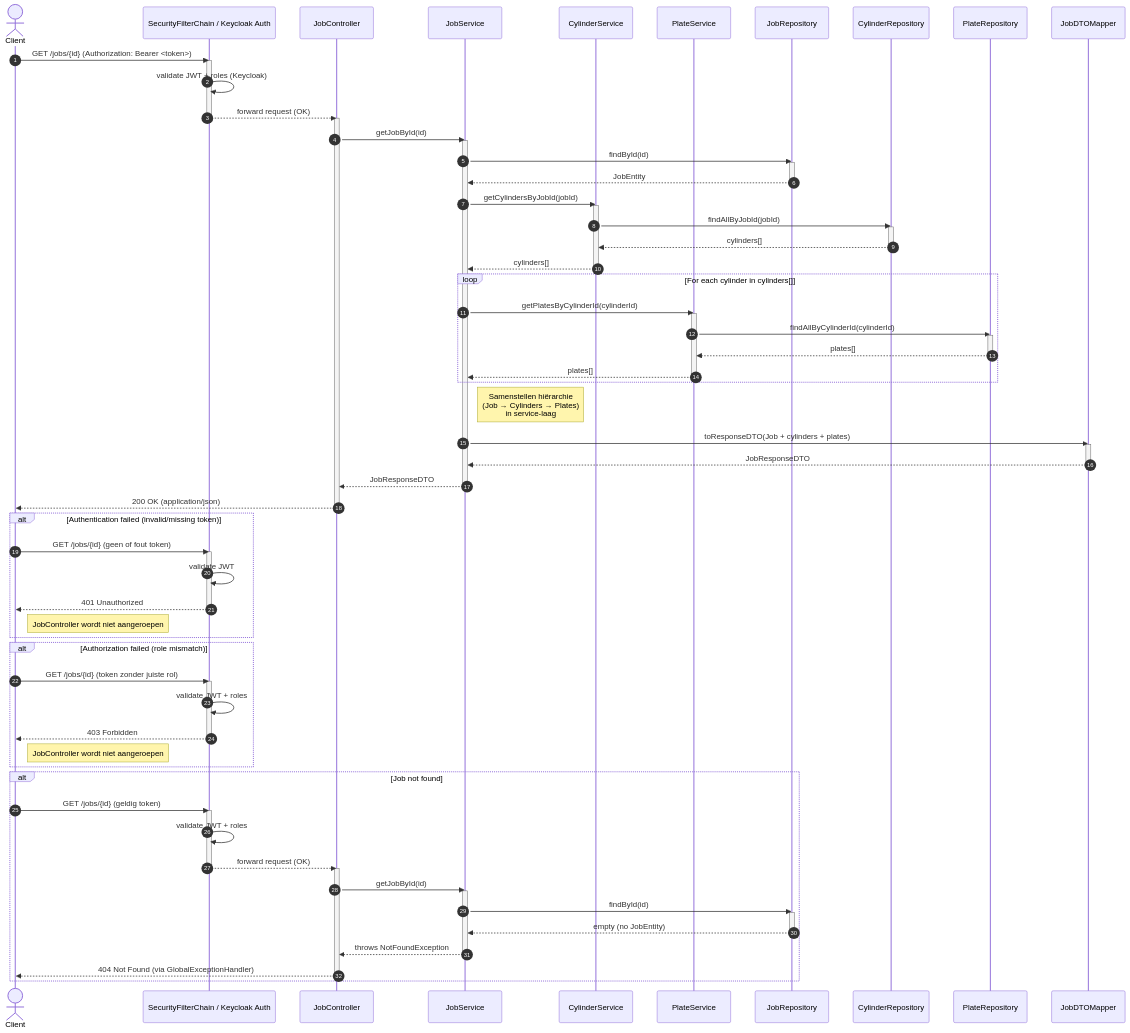
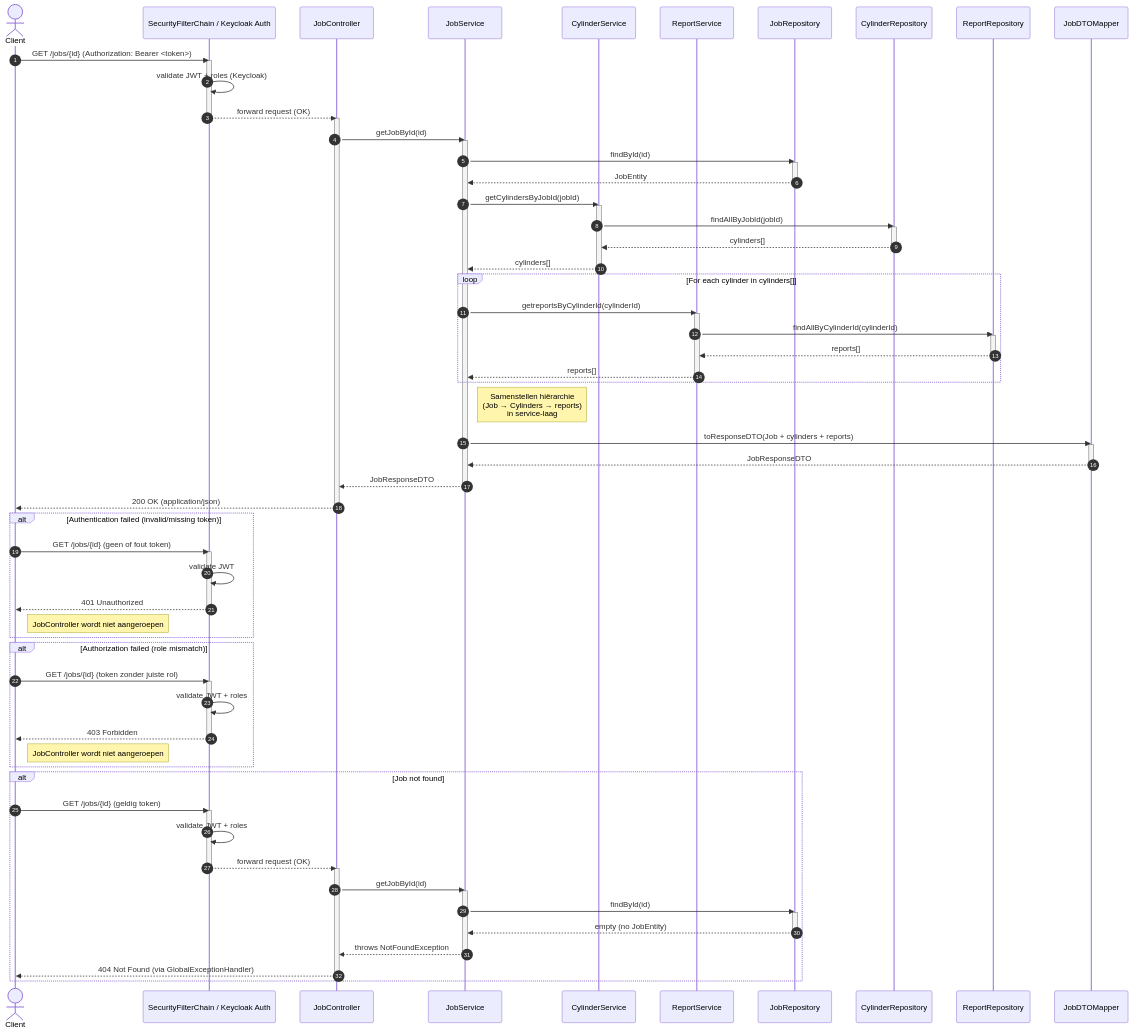
The diagram in src/main/java/nl/avflexologic/wbje/classDiagram/sequenceDiagram_GetJob.MMD (Th3Bl0ndG0d/WBJE_Backend), drawn with Mermaid before and after one commit. The commit also changed 20 other files, not shown here.

Commit message:
Fixed some mapping issues to comply to my sequence diagram

```diff
--- a/src/main/java/nl/avflexologic/wbje/classDiagram/sequenceDiagram_GetJob.MMD
+++ b/src/main/java/nl/avflexologic/wbje/classDiagram/sequenceDiagram_GetJob.MMD
@@ -1,120 +1,120 @@
 sequenceDiagram
     autonumber
 
     actor Client
     participant Security as SecurityFilterChain / Keycloak Auth
     participant JobController
     participant JobService
     participant CylinderService
-    participant PlateService
+    participant ReportService
     participant JobRepository
     participant CylinderRepository
-    participant PlateRepository
+    participant ReportRepository
     participant JobDTOMapper
 
 %% =================================================
 %% 1) Happy flow
 %% =================================================
     Client->>Security: GET /jobs/{id} (Authorization: Bearer <token>)
     activate Security
 
     Security->>Security: validate JWT + roles (Keycloak)
     Security-->>JobController: forward request (OK)
     deactivate Security
 
     activate JobController
     JobController->>JobService: getJobById(id)
     activate JobService
 
     JobService->>JobRepository: findById(id)
     activate JobRepository
     JobRepository-->>JobService: JobEntity
     deactivate JobRepository
 
     JobService->>CylinderService: getCylindersByJobId(jobId)
     activate CylinderService
     CylinderService->>CylinderRepository: findAllByJobId(jobId)
     activate CylinderRepository
     CylinderRepository-->>CylinderService: cylinders[]
     deactivate CylinderRepository
     CylinderService-->>JobService: cylinders[]
     deactivate CylinderService
 
     loop For each cylinder in cylinders[]
-        JobService->>PlateService: getPlatesByCylinderId(cylinderId)
-        activate PlateService
-        PlateService->>PlateRepository: findAllByCylinderId(cylinderId)
-        activate PlateRepository
-        PlateRepository-->>PlateService: plates[]
-        deactivate PlateRepository
-        PlateService-->>JobService: plates[]
-        deactivate PlateService
+        JobService->>ReportService: getreportsByCylinderId(cylinderId)
+        activate ReportService
+        ReportService->>ReportRepository: findAllByCylinderId(cylinderId)
+        activate ReportRepository
+        ReportRepository-->>ReportService: reports[]
+        deactivate ReportRepository
+        ReportService-->>JobService: reports[]
+        deactivate ReportService
     end
 
-    Note right of JobService: Samenstellen hiërarchie<br/>(Job → Cylinders → Plates)<br/>in service-laag
+    Note right of JobService: Samenstellen hiërarchie<br/>(Job → Cylinders → reports)<br/>in service-laag
 
-    JobService->>JobDTOMapper: toResponseDTO(Job + cylinders + plates)
+    JobService->>JobDTOMapper: toResponseDTO(Job + cylinders + reports)
     activate JobDTOMapper
     JobDTOMapper-->>JobService: JobResponseDTO
     deactivate JobDTOMapper
 
     JobService-->>JobController: JobResponseDTO
     deactivate JobService
 
     JobController-->>Client: 200 OK (application/json)
     deactivate JobController
 
 %% =================================================
 %% 2) Alternative flow: Authentication failed (401)
 %% =================================================
     alt Authentication failed (invalid/missing token)
         Client->>Security: GET /jobs/{id} (geen of fout token)
         activate Security
 
         Security->>Security: validate JWT
         Security-->>Client: 401 Unauthorized
         deactivate Security
 
         Note right of Client: JobController wordt niet aangeroepen
     end
 
 %% =================================================
 %% 3) Alternative flow: Authorization failed (403)
 %% =================================================
     alt Authorization failed (role mismatch)
         Client->>Security: GET /jobs/{id} (token zonder juiste rol)
         activate Security
 
         Security->>Security: validate JWT + roles
         Security-->>Client: 403 Forbidden
         deactivate Security
 
         Note right of Client: JobController wordt niet aangeroepen
     end
 
 %% =================================================
 %% 4) Alternative flow: Job not found (404)
 %% =================================================
     alt Job not found
         Client->>Security: GET /jobs/{id} (geldig token)
         activate Security
 
         Security->>Security: validate JWT + roles
         Security-->>JobController: forward request (OK)
         deactivate Security
 
         activate JobController
         JobController->>JobService: getJobById(id)
         activate JobService
 
         JobService->>JobRepository: findById(id)
         activate JobRepository
         JobRepository-->>JobService: empty (no JobEntity)
         deactivate JobRepository
 
         JobService-->>JobController: throws NotFoundException
         deactivate JobService
 
         JobController-->>Client: 404 Not Found (via GlobalExceptionHandler)
         deactivate JobController
     end
```
